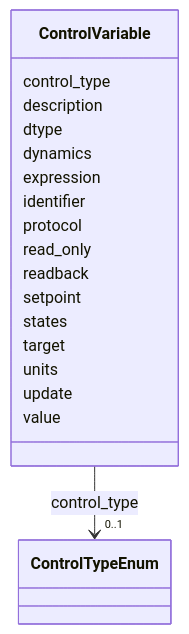
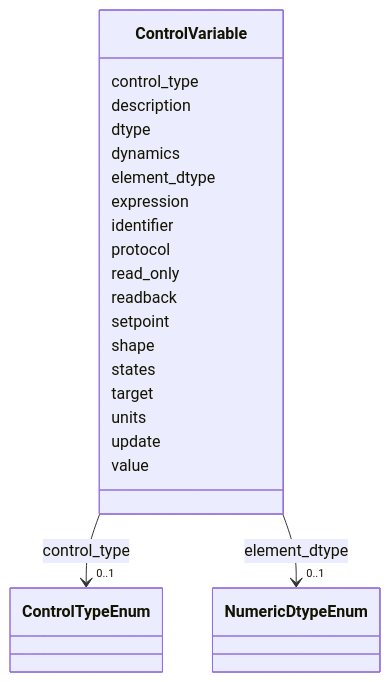
One commit to astec-stfc/laura changed the diagram in docs/source/schema/ControlVariable.md. Above: the diagram before and after it, drawn with Mermaid. The commit also changed other lines of this file and 49 other files, not shown here.

First line of the commit message:
add element_dtype and shape to control variables (#26)

````diff
--- a/docs/source/schema/ControlVariable.md
+++ b/docs/source/schema/ControlVariable.md
@@ -18,45 +18,58 @@
 ```mermaid
  classDiagram
     class ControlVariable
     click ControlVariable href "../ControlVariable/"
       ControlVariable : control_type
         
           
     
         
         
         ControlVariable --> "0..1" ControlTypeEnum : control_type
         click ControlTypeEnum href "../ControlTypeEnum/"
     
 
         
       ControlVariable : description
         
       ControlVariable : dtype
         
       ControlVariable : dynamics
         
+      ControlVariable : element_dtype
+        
+          
+    
+        
+        
+        ControlVariable --> "0..1" NumericDtypeEnum : element_dtype
+        click NumericDtypeEnum href "../NumericDtypeEnum/"
+    
+
+        
       ControlVariable : expression
         
       ControlVariable : identifier
         
       ControlVariable : protocol
         
       ControlVariable : read_only
         
       ControlVariable : readback
         
       ControlVariable : setpoint
+        
+      ControlVariable : shape
         
       ControlVariable : states
         
       ControlVariable : target
         
       ControlVariable : units
         
       ControlVariable : update
         
       ControlVariable : value
         
       
 ```
````
